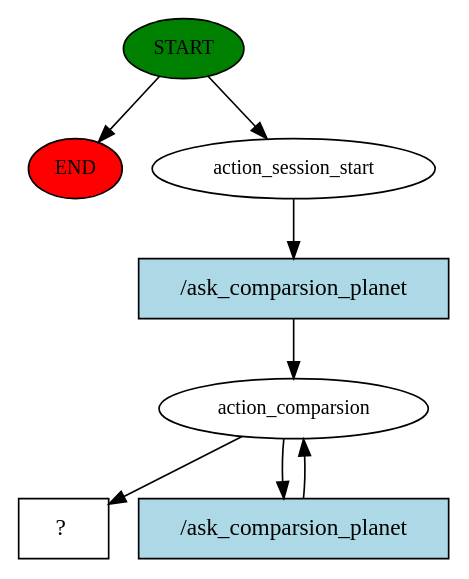
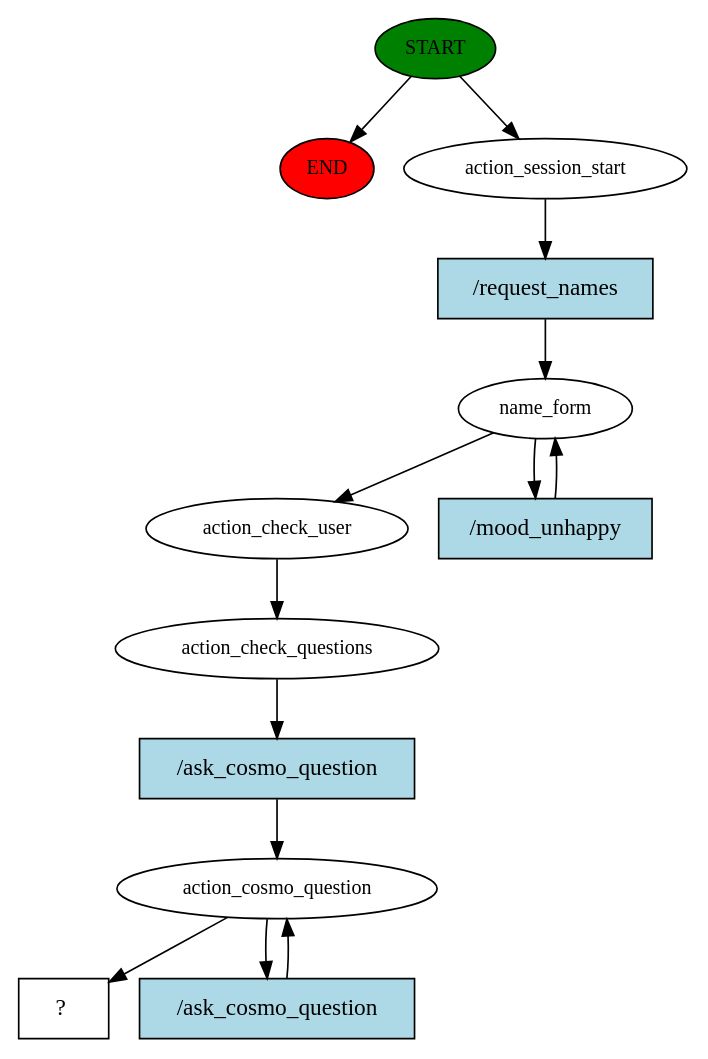
Before and after one commit to Dashavod/devtorium_bot: the diagram in story_graph.dot, drawn with Graphviz. The commit also changed 95 other files, not shown here.

```diff
--- a/story_graph.dot
+++ b/story_graph.dot
@@ -1,16 +1,27 @@
 digraph  {
 0 [class="start active", fillcolor=green, fontsize=12, label=START, style=filled];
 "-1" [class=end, fillcolor=red, fontsize=12, label=END, style=filled];
 1 [class=active, fontsize=12, label=action_session_start];
-2 [class=active, fontsize=12, label=action_comparsion];
-4 [class="intent dashed active", label="  ?  ", shape=rect];
-5 [class="intent active", fillcolor=lightblue, label="/ask_comparsion_planet", shape=rect, style=filled];
-6 [class="intent active", fillcolor=lightblue, label="/ask_comparsion_planet", shape=rect, style=filled];
+2 [class=active, fontsize=12, label=name_form];
+4 [class=active, fontsize=12, label=action_check_user];
+5 [class=active, fontsize=12, label=action_check_questions];
+6 [class=active, fontsize=12, label=action_cosmo_question];
+8 [class="intent dashed active", label="  ?  ", shape=rect];
+9 [class="intent active", fillcolor=lightblue, label="/request_names", shape=rect, style=filled];
+10 [class="intent active", fillcolor=lightblue, label="/mood_unhappy", shape=rect, style=filled];
+11 [class="intent active", fillcolor=lightblue, label="/ask_cosmo_question", shape=rect, style=filled];
+12 [class="intent active", fillcolor=lightblue, label="/ask_cosmo_question", shape=rect, style=filled];
 0 -> "-1"  [class="", key=NONE, label=""];
 0 -> 1  [class=active, key=NONE, label=""];
-1 -> 5  [class=active, key=0];
+1 -> 9  [class=active, key=0];
 2 -> 4  [class=active, key=NONE, label=""];
-2 -> 6  [class=active, key=0];
-5 -> 2  [class=active, key=0];
-6 -> 2  [class=active, key=0];
+2 -> 10  [class=active, key=0];
+4 -> 5  [class=active, key=NONE, label=""];
+5 -> 11  [class=active, key=0];
+6 -> 8  [class=active, key=NONE, label=""];
+6 -> 12  [class=active, key=0];
+9 -> 2  [class=active, key=0];
+10 -> 2  [class=active, key=0];
+11 -> 6  [class=active, key=0];
+12 -> 6  [class=active, key=0];
 }
```
